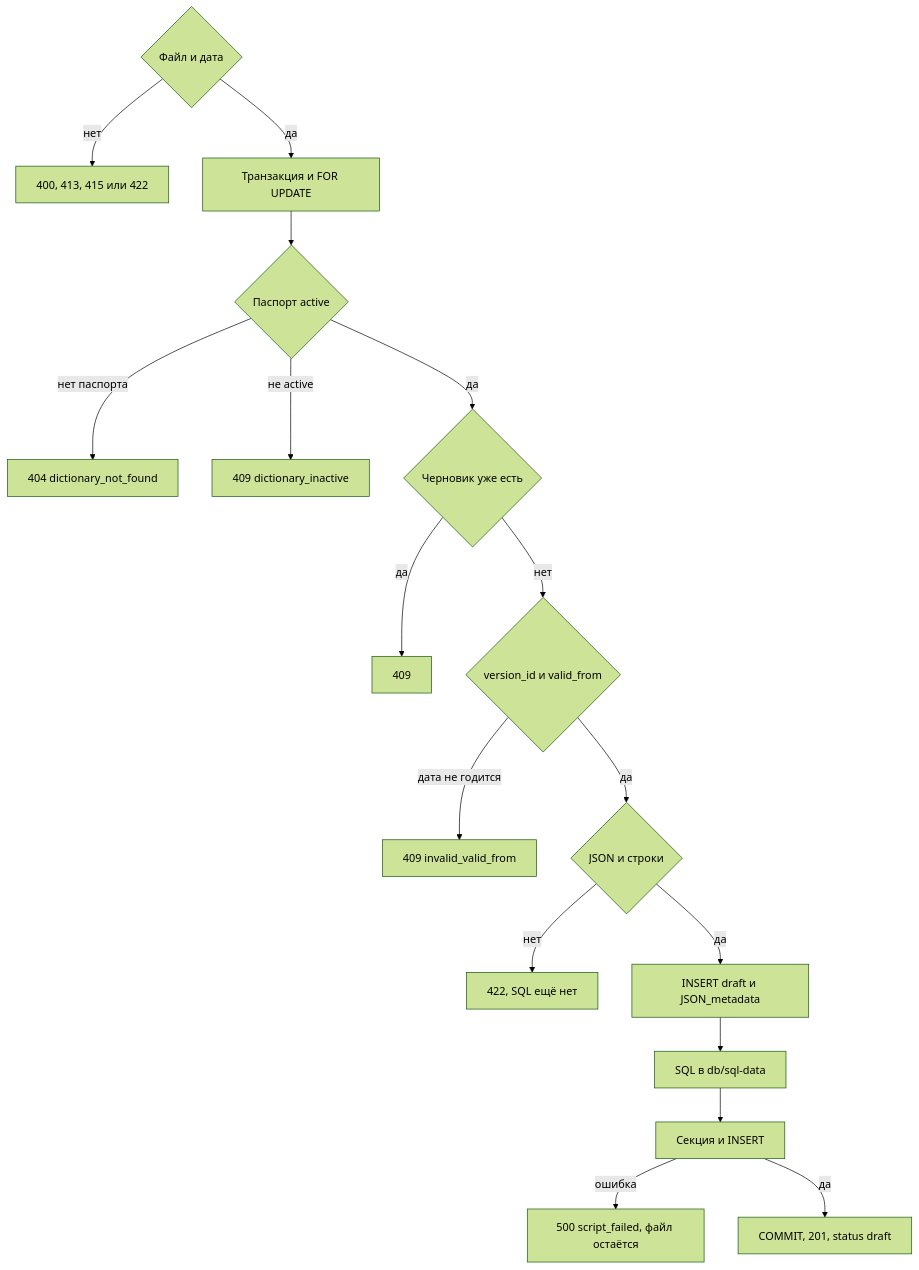
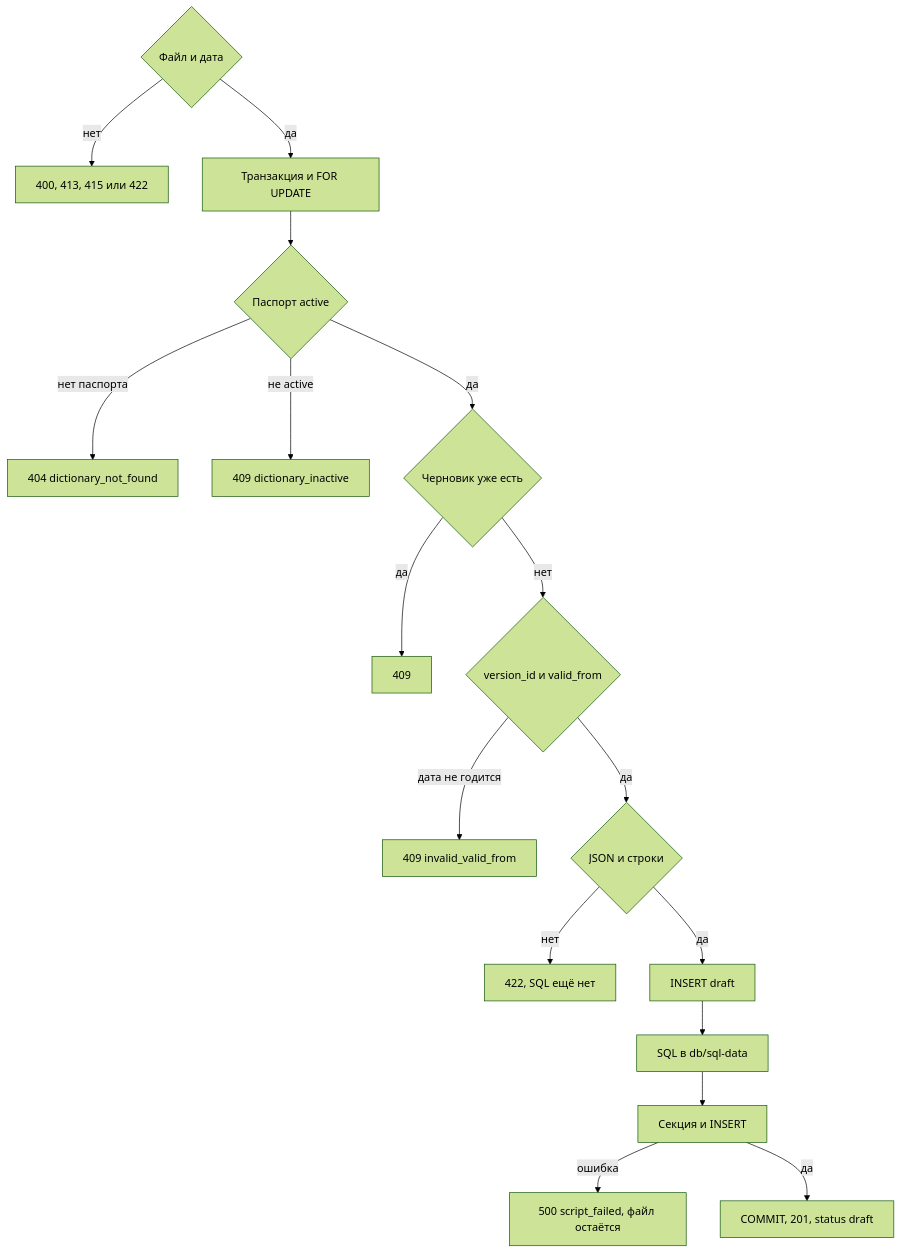
Before and after one commit to StrannikE95/reference_data: the diagram in docs/1. functional/v3/management.api/DataController/post_versions.md, drawn with Mermaid (forest theme). The commit also changed other lines of this file and 4 other files, not shown here.

````diff
--- a/docs/1. functional/v3/management.api/DataController/post_versions.md
+++ b/docs/1. functional/v3/management.api/DataController/post_versions.md
@@ -112,19 +111,19 @@
 ```mermaid
 flowchart TD
   edge{"Файл и дата"} -->|нет| http["400, 413, 415 или 422"]
   edge -->|да| lock["Транзакция и FOR UPDATE"]
   lock --> pas{"Паспорт active"}
   pas -->|нет паспорта| d404["404 dictionary_not_found"]
   pas -->|не active| ina["409 dictionary_inactive"]
   pas -->|да| one{"Черновик уже есть"}
   one -->|да| d409["409"]
   one -->|нет| num{"version_id и valid_from"}
   num -->|дата не годится| date["409 invalid_valid_from"]
   num -->|да| json{"JSON и строки"}
   json -->|нет| v422["422, SQL ещё нет"]
-  json -->|да| draft["INSERT draft и JSON_metadata"]
+  json -->|да| draft["INSERT draft"]
   draft --> sql["SQL в db/sql-data"]
   sql --> run["Секция и INSERT"]
   run -->|ошибка| fail["500 script_failed, файл остаётся"]
   run -->|да| done["COMMIT, 201, status draft"]
 ```
````
